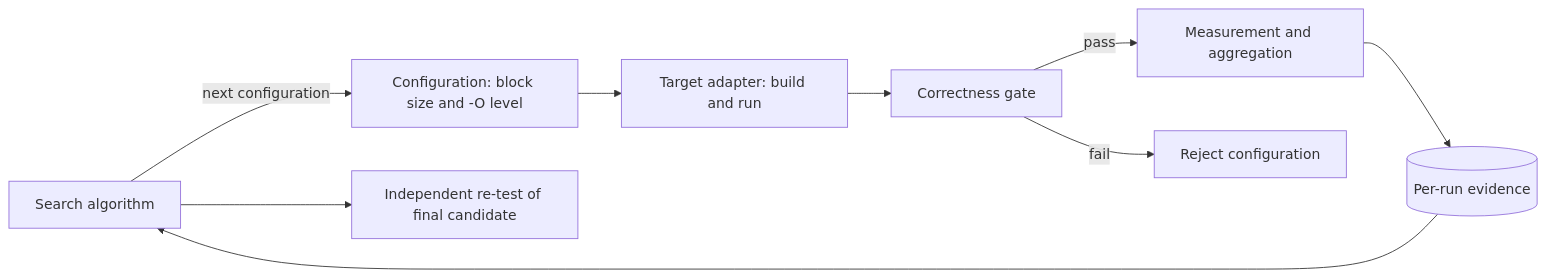
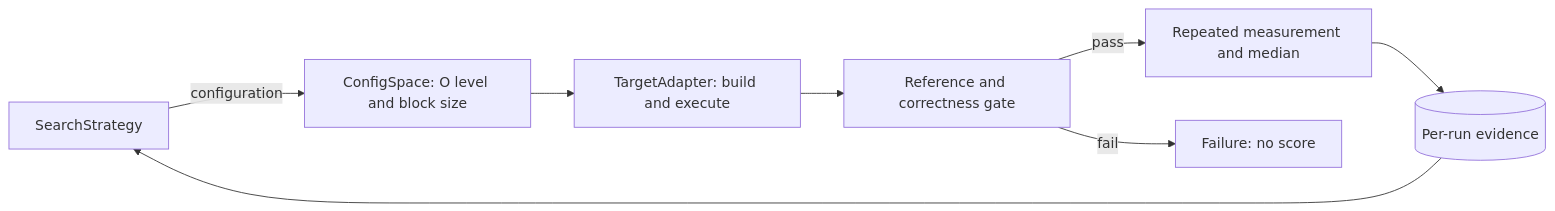
One commit to gubingren0409/software_system changed the diagram in report.md. Above: the diagram before and after it, drawn with Mermaid. The commit also changed other lines of this file and 49 other files, not shown here.

Commit message:
project01: establish correctness and measurement foundation

````diff
--- a/report.md
+++ b/report.md
@@ -14,11 +14,10 @@
 ```mermaid
 flowchart LR
-    S[Search algorithm] -->|next configuration| C[Configuration: block size and -O level]
-    C --> T[Target adapter: build and run]
-    T --> V[Correctness gate]
-    V -->|pass| M[Measurement and aggregation]
-    V -->|fail| R[Reject configuration]
-    M --> D[(Per-run evidence)]
-    D --> S
-    S --> F[Independent re-test of final candidate]
+    S[SearchStrategy] -->|configuration| C[ConfigSpace: O level and block size]
+    C --> T[TargetAdapter: build and execute]
+    T --> V[Reference and correctness gate]
+    V -->|pass| M[Repeated measurement and median]
+    V -->|fail| X[Failure: no score]
+    M --> E[(Per-run evidence)]
+    E --> S
 ```
````
